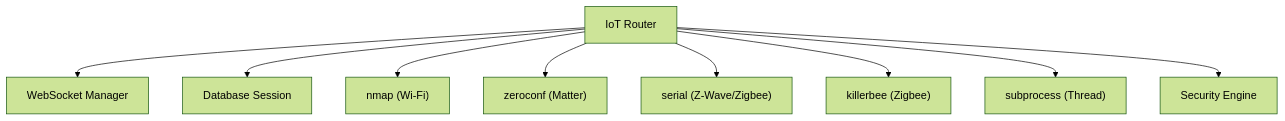
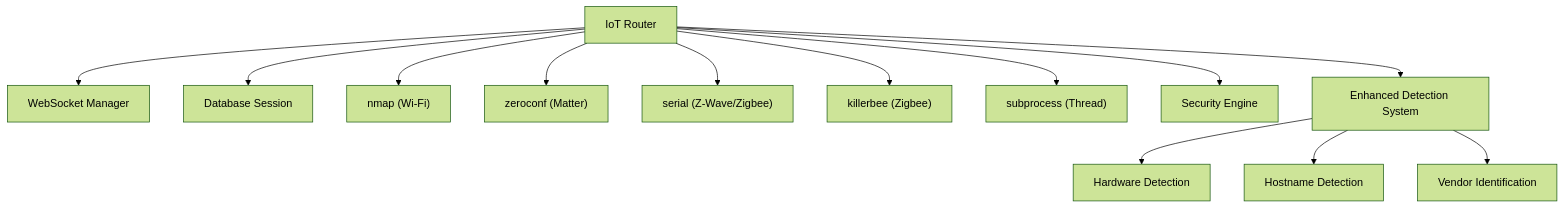
One commit to MohandWaleed3/PentexOne changed diagram 11 of 11 in .qoder/repowiki/en/content/API Reference/IoT Scanning API.md. Above: the diagram before and after it, drawn with Mermaid (forest theme). The commit also changed other lines of this file and 5 other files, not shown here.

````diff
--- a/.qoder/repowiki/en/content/API Reference/IoT Scanning API.md
+++ b/.qoder/repowiki/en/content/API Reference/IoT Scanning API.md
@@ -380,11 +467,15 @@
 ```mermaid
 graph TB
 IOT["IoT Router"] --> WS["WebSocket Manager"]
 IOT --> DB["Database Session"]
 IOT --> NM["nmap (Wi-Fi)"]
 IOT --> ZC["zeroconf (Matter)"]
 IOT --> SR["serial (Z-Wave/Zigbee)"]
 IOT --> KB["killerbee (Zigbee)"]
 IOT --> CT["subprocess (Thread)"]
 IOT --> SE["Security Engine"]
+IOT --> ED["Enhanced Detection System"]
+ED --> HD["Hardware Detection"]
+ED --> HN["Hostname Detection"]
+ED --> VI["Vendor Identification"]
 ```
````
